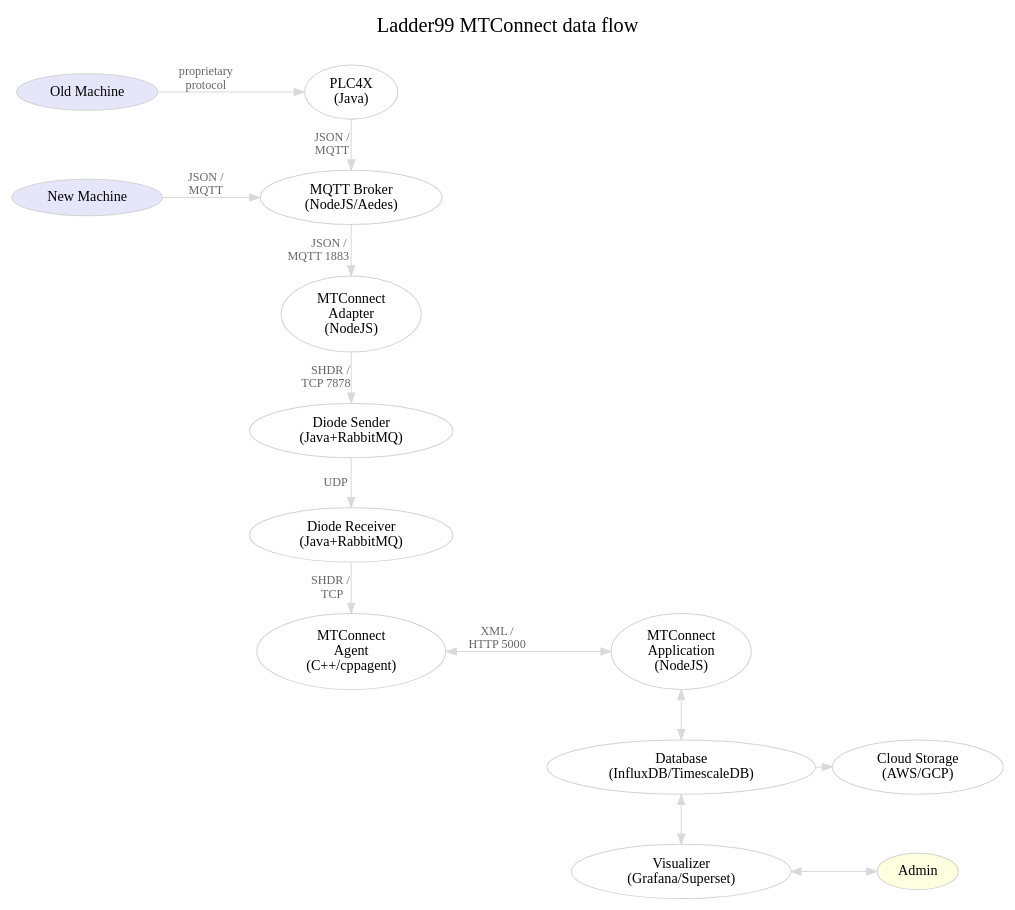
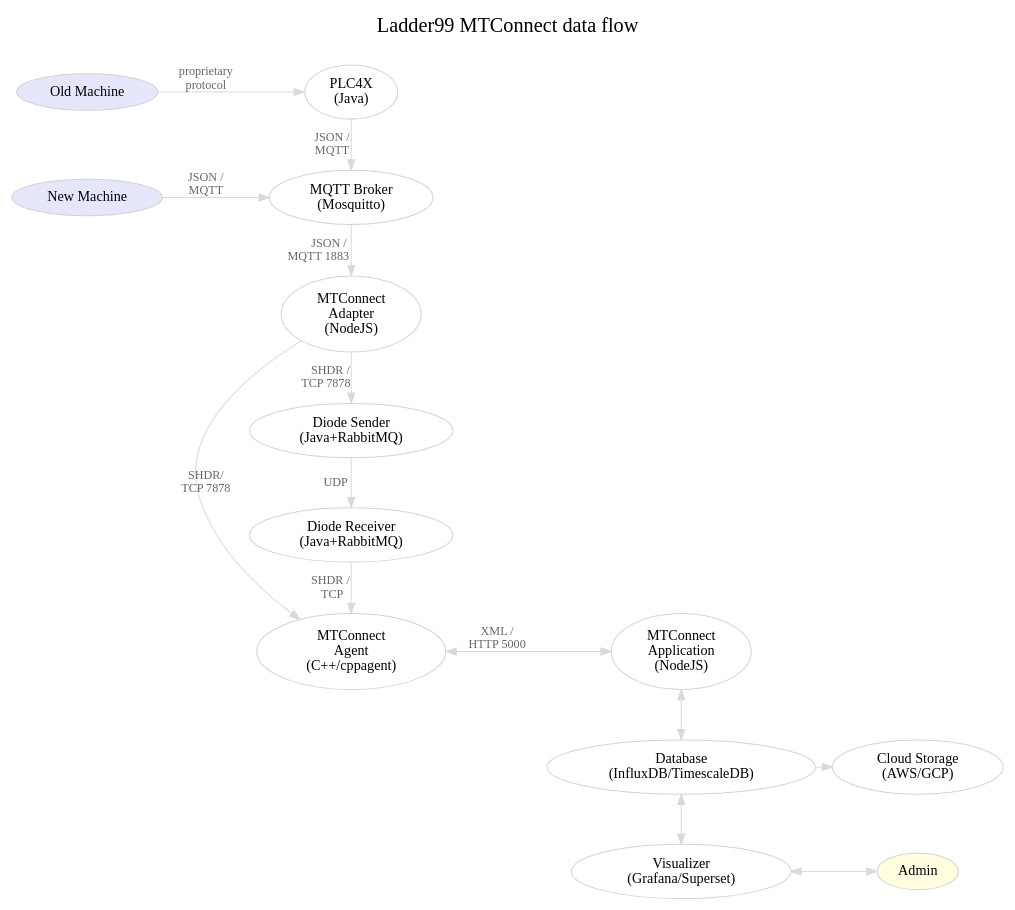
The diagram in docs/architecture.dot (Ladder99/ladder99), drawn with Graphviz before and after one commit.

```diff
--- a/docs/architecture.dot
+++ b/docs/architecture.dot
@@ -1,81 +1,82 @@
 digraph "ladder99-adapter" {
 
   // styles
   graph [ label="Ladder99 MTConnect data flow\n "; color=lightgray; ];
   graph [ fontsize=20 ];
   graph [ labelloc=t ];
   graph [ ranksep=0.2 ];
   graph [ nodesep=0.35 ];
   graph [ rankdir=LR; ] // left-to-right
   node [ color=lightgray; fillcolor=white; style=filled ];
   edge [ color=gray85 ];
   edge [ fontsize=12; fontcolor=gray40; ];
 
   // nodes
   OldMachine [ fillcolor=lavender; label="Old Machine" ];
   NewMachine [ fillcolor=lavender; label="New Machine" ];
   PLC4X [ label="PLC4X\n(Java)" ];
-  Broker [ label="MQTT Broker\n(NodeJS/Aedes)" ];
+  Broker [ label="MQTT Broker\n(Mosquitto)" ];
   Adapter [ fillcolor=white; label="MTConnect\nAdapter\n(NodeJS)" ];
   DiodeSender [ label="Diode Sender\n(Java+RabbitMQ)" ];
   DiodeReceiver [ label="Diode Receiver\n(Java+RabbitMQ)" ];
   Agent [ fillcolor=white; label="MTConnect\nAgent\n(C++/cppagent)" ];
   Application [ fillcolor=white; label="MTConnect\nApplication\n(NodeJS)" ];
   Database [ label="Database\n(InfluxDB/TimescaleDB)" ];
   Visualizer [ label="Visualizer\n(Grafana/Superset)" ];
   Cloud [ label="Cloud Storage\n(AWS/GCP)" ];
   Admin [ fillcolor=lightyellow ];
   // LOI [ label="LOI\n(SvelteJS)" ];
   // Operator [ fillcolor=lightyellow ];
 
   // edges
   OldMachine -> PLC4X [ label="proprietary\nprotocol" ];
   NewMachine -> Broker [ label="JSON / \nMQTT" ];
   PLC4X -> Broker [ label="JSON /  \nMQTT  " ];
   Broker -> Adapter [ label="JSON /    \nMQTT 1883           " ];
   Adapter -> DiodeSender [ label="SHDR /   \nTCP 7878      " ];
   DiodeSender -> DiodeReceiver [ label="UDP    " ];
   DiodeReceiver -> Agent [ label="SHDR /   \nTCP  " ];
   Agent -> Application [ dir=both; label="XML /  \nHTTP 5000  " ];
+  Adapter -> Agent [ label="SHDR/\nTCP 7878" ];
   Application -> Database [ dir=both ];
   Database -> Visualizer [ dir=both ];
   Database -> Cloud;
   Visualizer -> Admin [ dir=both ];
   // Application -> LOI;
   // LOI -> Operator;
 
   // rank
   { rank=same; OldMachine NewMachine };
   // { rank=same; PLC4X Broker };
   { rank=same; PLC4X Broker Adapter DiodeSender DiodeReceiver Agent };
   // { rank=same; Operator Admin Cloud };
   // { rank=same; Admin Cloud };
   { rank=same; Application Database Visualizer };
 
   // subgraphs
   // subgraph cluster1a {
   //   graph [ label="New Machine" ];
   //   NewMachine;
   // }
   // subgraph cluster1b {
   //   graph [ label="Old Machine" ];
   //   OldMachine;
   // }
   // subgraph cluster2 {
   //   graph [ label="Raspberry Pi 1" ];
   //   PLC4X;
   //   Broker;
   //   Adapter;
   //   Diode;
   //   Agent;
   //   // { rank=same; Diode Agent };
   // }
   // subgraph cluster4 {
   //   graph [ label="Raspberry Pi 2" ];
   //   Application;
   //   Database;
   //   Visualizer;
   //   // LOI;
   //   // { rank=same; Application Database Visualizer };
   // }
 }
```
